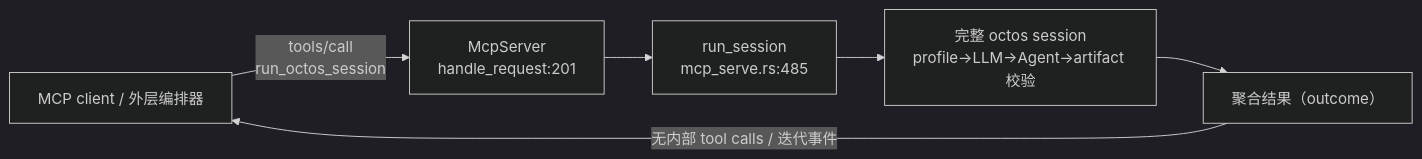
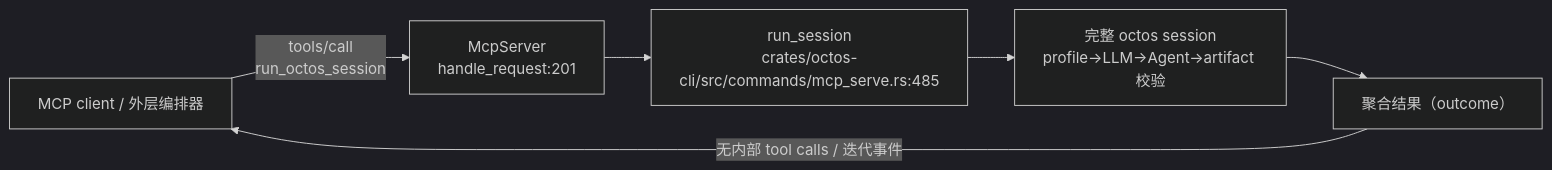
Before and after one commit to octos-org/octos-book: the fourth of 5 diagrams in chapters/ch14-runtime-modes.md, drawn with Mermaid (dark theme). The commit also changed other lines of this file and 39 other files, not shown here.

````diff
--- a/chapters/ch14-runtime-modes.md
+++ b/chapters/ch14-runtime-modes.md
@@ -224,8 +224,8 @@
 ```mermaid
 flowchart LR
     ORCH["MCP client / 外层编排器"] -->|"tools/call<br/>run_octos_session"| SRV["McpServer<br/>handle_request:201"]
-    SRV --> SES["run_session<br/>mcp_serve.rs:485"]
+    SRV --> SES["run_session<br/>crates/octos-cli/src/commands/mcp_serve.rs:485"]
     SES --> AGENT["完整 octos session<br/>profile→LLM→Agent→artifact 校验"]
     AGENT --> OUT["聚合结果（outcome）"]
     OUT -->|"无内部 tool calls / 迭代事件"| ORCH
 ```
````
